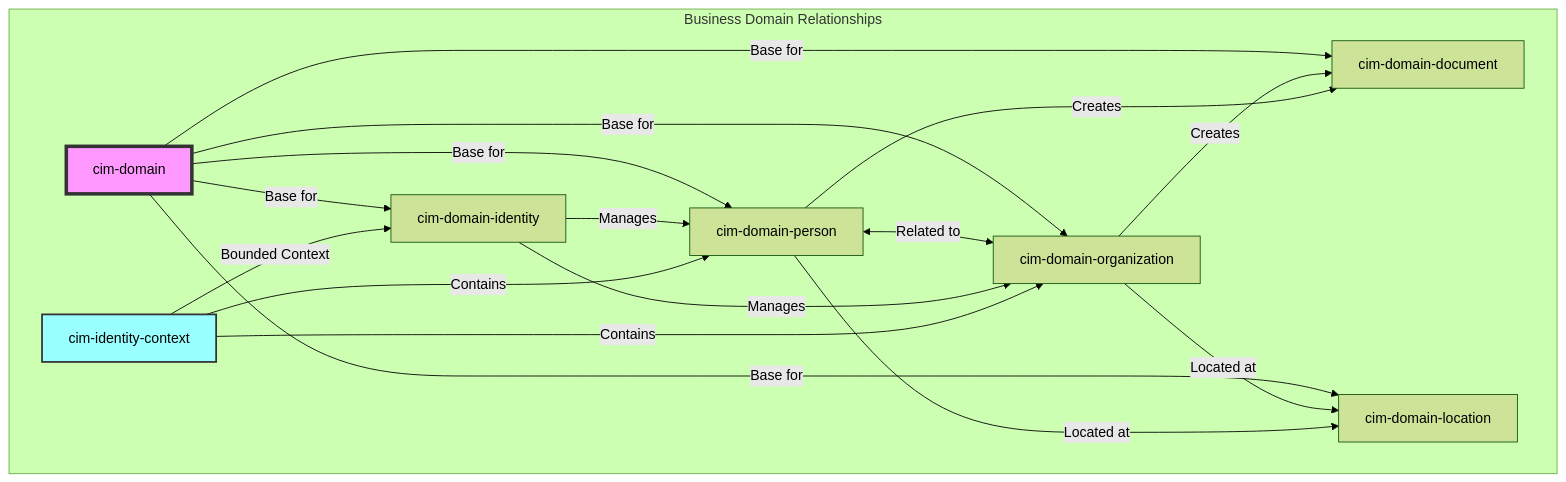
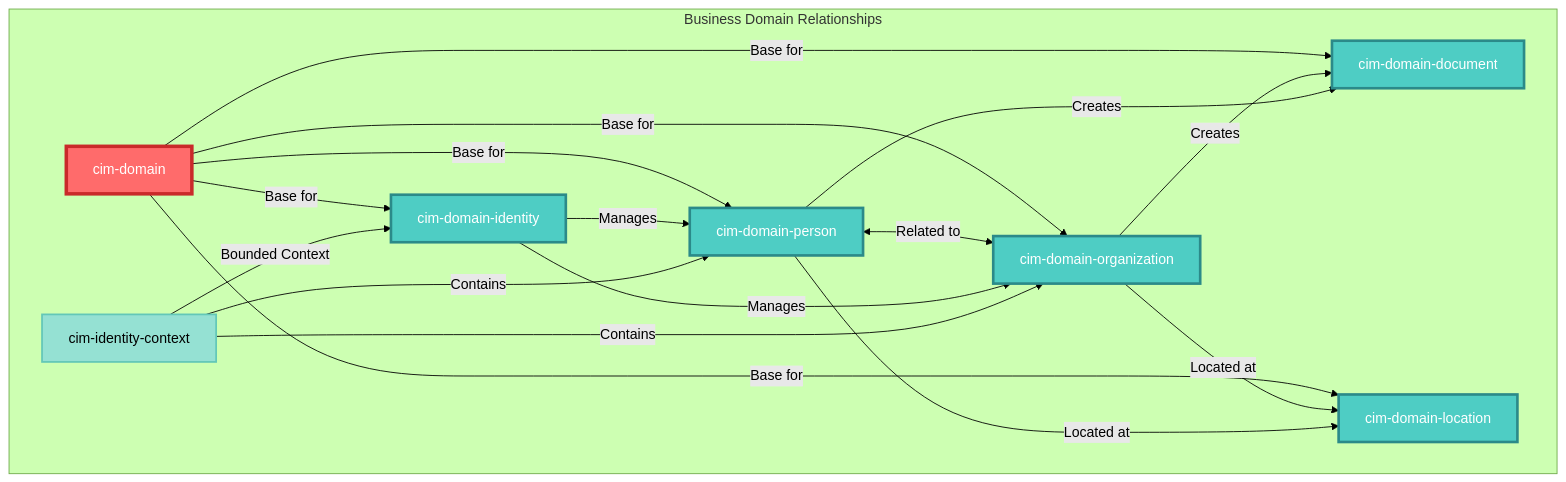
One commit to TheCowboyAI/cim changed the third of 4 diagrams in doc/cim_modules_catalog.md. Above: the diagram before and after it, drawn with Mermaid (forest theme). The commit also changed other lines of this file and 12 other files, not shown here.

````diff
--- a/doc/cim_modules_catalog.md
+++ b/doc/cim_modules_catalog.md
@@ -101,26 +107,32 @@
 ```mermaid
 graph TB
     subgraph "Business Domain Relationships"
         A[cim-domain] -->|Base for| B[cim-domain-person]
         A -->|Base for| C[cim-domain-organization]
         A -->|Base for| D[cim-domain-document]
         A -->|Base for| E[cim-domain-location]
         A -->|Base for| F[cim-domain-identity]
         
         B <-->|Related to| C
         F -->|Manages| B
         F -->|Manages| C
         
         G[cim-identity-context] -->|Bounded Context| F
         G -->|Contains| B
         G -->|Contains| C
         
         C -->|Located at| E
         B -->|Located at| E
         C -->|Creates| D
         B -->|Creates| D
-        
-        style A fill:#f9f,stroke:#333,stroke-width:4px
-        style G fill:#9ff,stroke:#333,stroke-width:2px
     end
+    
+    %% Styling - domain hierarchy and relationships
+    style A fill:#FF6B6B,stroke:#C92A2A,stroke-width:4px,color:#FFF
+    style B fill:#4ECDC4,stroke:#2B8A89,stroke-width:3px,color:#FFF
+    style C fill:#4ECDC4,stroke:#2B8A89,stroke-width:3px,color:#FFF
+    style D fill:#4ECDC4,stroke:#2B8A89,stroke-width:3px,color:#FFF
+    style E fill:#4ECDC4,stroke:#2B8A89,stroke-width:3px,color:#FFF
+    style F fill:#4ECDC4,stroke:#2B8A89,stroke-width:3px,color:#FFF
+    style G fill:#95E1D3,stroke:#63C7B8,stroke-width:2px,color:#000
 ```
````
